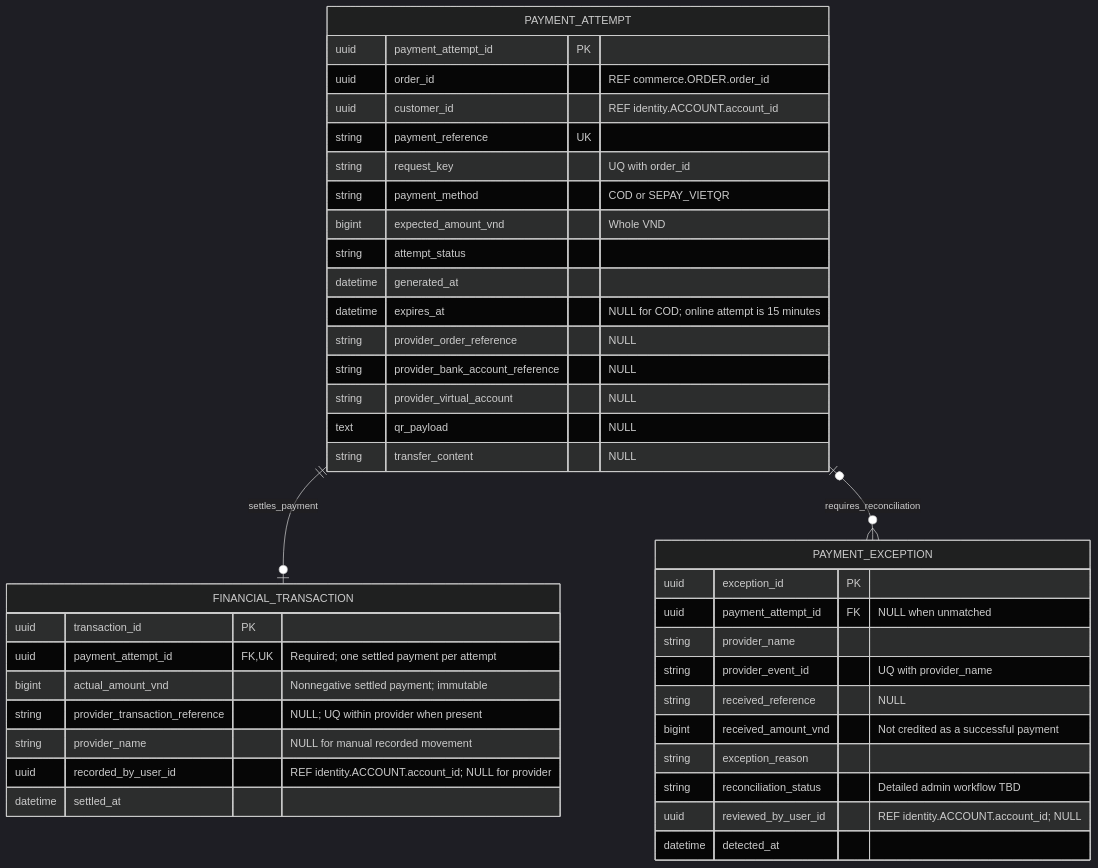
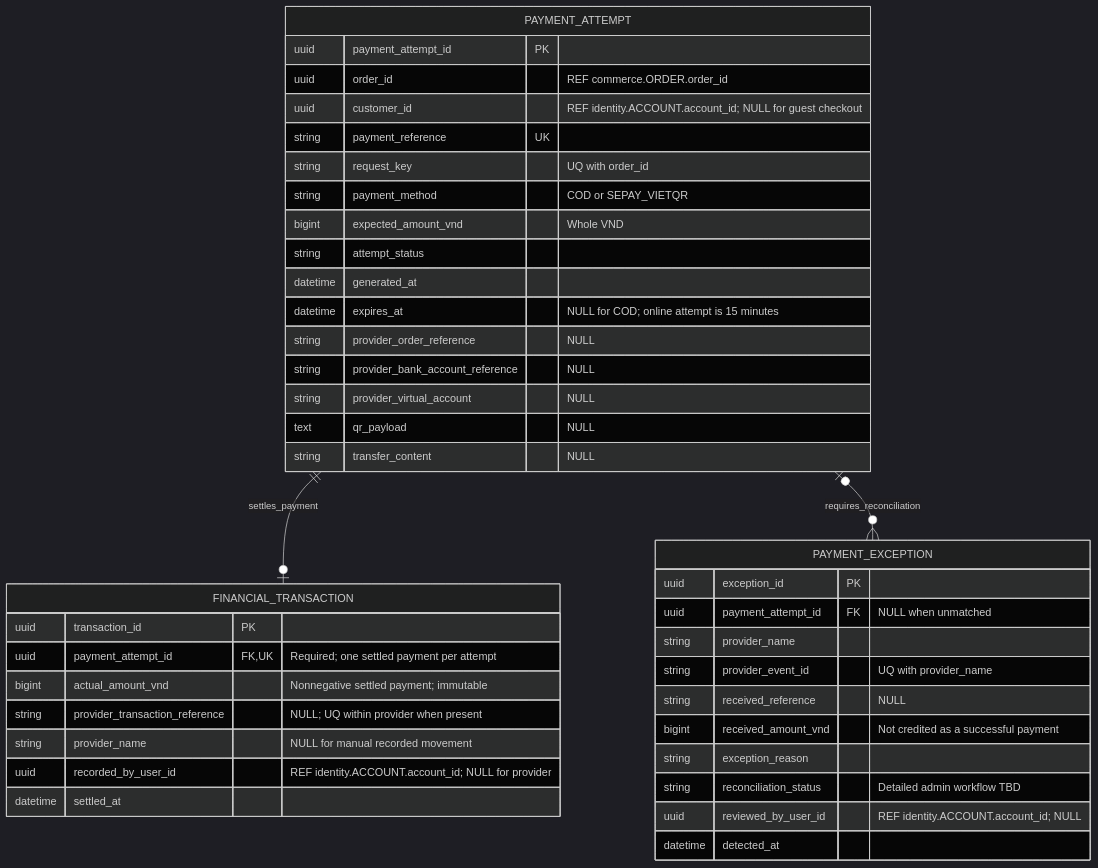
The diagram in database/six-service-model/03_payment.mmd (Phanquan1101/StyleMind_BE), drawn with Mermaid (dark theme) before and after one commit. The commit also changed 55 other files, not shown here.

First line of the commit message:
feat(checkout): support guest orders and payments

```diff
--- a/database/six-service-model/03_payment.mmd
+++ b/database/six-service-model/03_payment.mmd
@@ -1,44 +1,44 @@
 erDiagram
     %% Revised user scope: payment only; no refund capability or refund references.
     %% Order can have multiple payment attempts; successful money movements are immutable.
     PAYMENT_ATTEMPT {
         uuid payment_attempt_id PK
         uuid order_id "REF commerce.ORDER.order_id"
-        uuid customer_id "REF identity.ACCOUNT.account_id"
+        uuid customer_id "REF identity.ACCOUNT.account_id; NULL for guest checkout"
         string payment_reference UK
         string request_key "UQ with order_id"
         string payment_method "COD or SEPAY_VIETQR"
         bigint expected_amount_vnd "Whole VND"
         string attempt_status
         datetime generated_at
         datetime expires_at "NULL for COD; online attempt is 15 minutes"
         string provider_order_reference "NULL"
         string provider_bank_account_reference "NULL"
         string provider_virtual_account "NULL"
         text qr_payload "NULL"
         string transfer_content "NULL"
     }
     FINANCIAL_TRANSACTION {
         uuid transaction_id PK
         uuid payment_attempt_id FK, UK "Required; one settled payment per attempt"
         bigint actual_amount_vnd "Nonnegative settled payment; immutable"
         string provider_transaction_reference "NULL; UQ within provider when present"
         string provider_name "NULL for manual recorded movement"
         uuid recorded_by_user_id "REF identity.ACCOUNT.account_id; NULL for provider"
         datetime settled_at
     }
     PAYMENT_EXCEPTION {
         uuid exception_id PK
         uuid payment_attempt_id FK "NULL when unmatched"
         string provider_name
         string provider_event_id "UQ with provider_name"
         string received_reference "NULL"
         bigint received_amount_vnd "Not credited as a successful payment"
         string exception_reason
         string reconciliation_status "Detailed admin workflow TBD"
         uuid reviewed_by_user_id "REF identity.ACCOUNT.account_id; NULL"
         datetime detected_at
     }
 
     PAYMENT_ATTEMPT ||--o| FINANCIAL_TRANSACTION : settles_payment
     PAYMENT_ATTEMPT o|--o{ PAYMENT_EXCEPTION : requires_reconciliation
```
